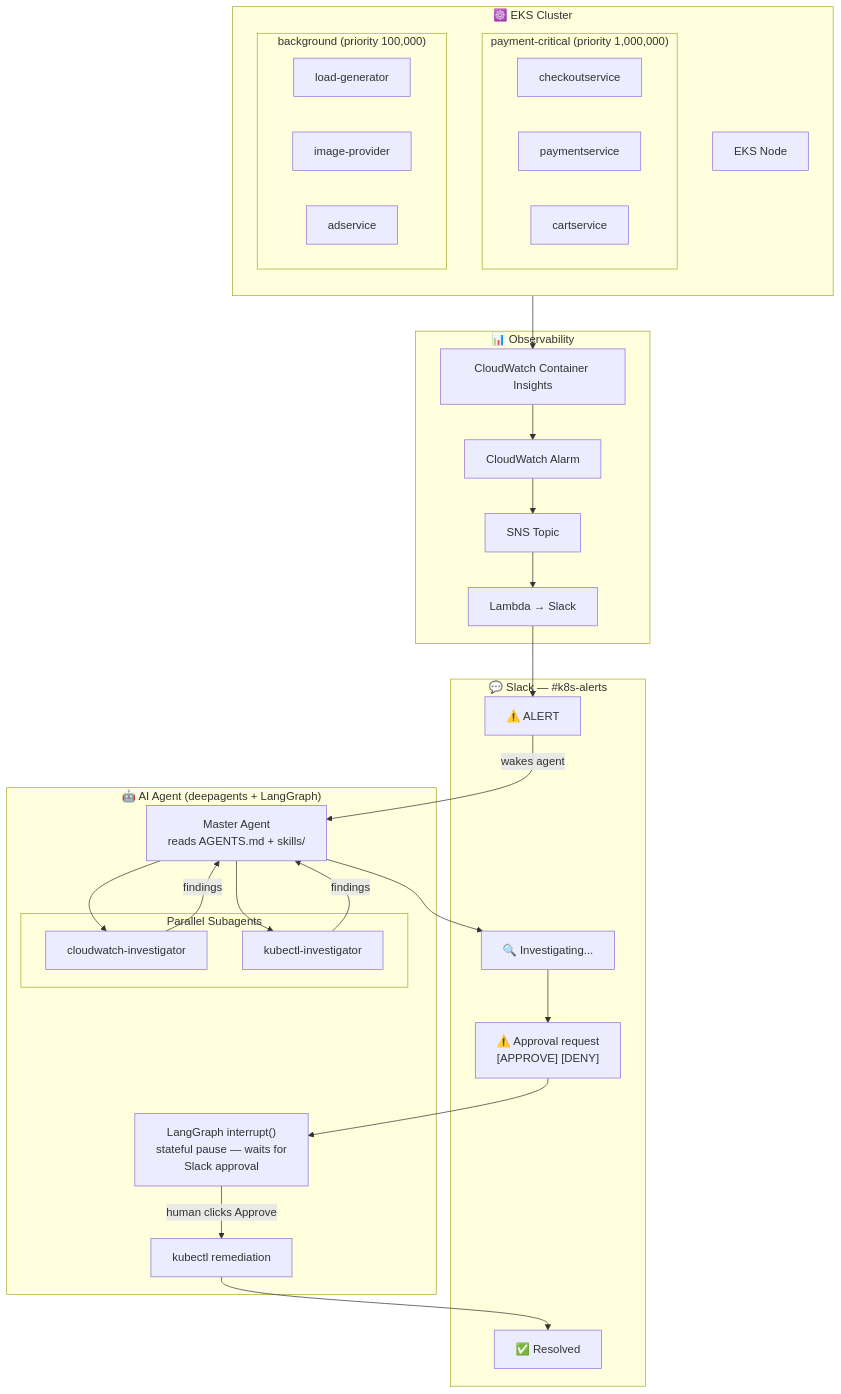
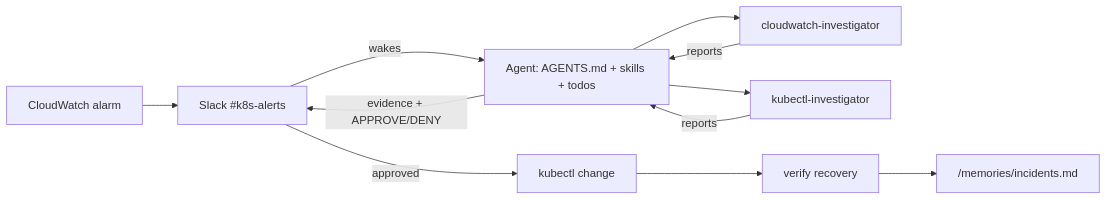
One commit to dipinthomas/k8s-deep-agent changed the diagram in README.md. Above: the diagram before and after it, drawn with Mermaid. The commit also changed other lines of this file and 2 other files, not shown here.

````diff
--- a/README.md
+++ b/README.md
@@ -31,48 +177,9 @@
 ```mermaid
-flowchart TD
-    subgraph EKS["☸️ EKS Cluster"]
-        direction TB
-        subgraph CRITICAL["payment-critical (priority 1,000,000)"]
-            CO["checkoutservice"]
-            PA["paymentservice"]
-            CA["cartservice"]
-        end
-        subgraph EVICTABLE["background (priority 100,000)"]
-            LG["load-generator"]
-            IP["image-provider"]
-            AD["adservice"]
-        end
-        NODE["EKS Node"]
-    end
-
-    subgraph OBS["📊 Observability"]
-        CI["CloudWatch Container Insights"]
-        ALARM["CloudWatch Alarm"]
-        SNS["SNS Topic"]
-        LAMBDA["Lambda → Slack"]
-    end
-
-    subgraph SLACK["💬 Slack — #k8s-alerts"]
-        ALERT["⚠️ ALERT"]
-        UPDATE["🔍 Investigating..."]
-        APPROVAL["⚠️ Approval request\n[APPROVE] [DENY]"]
-        RESOLVED["✅ Resolved"]
-    end
-
-    subgraph AGENT["🤖 AI Agent (deepagents + LangGraph)"]
-        MASTER["Master Agent\nreads AGENTS.md + skills/"]
-        subgraph SUBAGENTS["Parallel Subagents"]
-            SA1["cloudwatch-investigator"]
-            SA2["kubectl-investigator"]
-        end
-        INTERRUPT["LangGraph interrupt()\nstateful pause — waits for\nSlack approval"]
-        REMEDIATE["kubectl remediation"]
-    end
-
-    NODE --> CI --> ALARM --> SNS --> LAMBDA --> ALERT
-    ALERT -->|wakes agent| MASTER
-    MASTER --> SA1 & SA2
-    SA1 & SA2 -->|findings| MASTER
-    MASTER --> UPDATE --> APPROVAL --> INTERRUPT
-    INTERRUPT -->|human clicks Approve| REMEDIATE --> RESOLVED
+flowchart LR
+    ALARM["CloudWatch alarm"] --> SLACK["Slack #k8s-alerts"]
+    SLACK -->|wakes| AGENT["Agent: AGENTS.md + skills + todos"]
+    AGENT --> CW["cloudwatch-investigator"] & KC["kubectl-investigator"]
+    CW & KC -->|reports| AGENT
+    AGENT -->|evidence + APPROVE/DENY| SLACK
+    SLACK -->|approved| FIX["kubectl change"] --> VERIFY["verify recovery"] --> MEM["/memories/incidents.md"]
 ```
````
